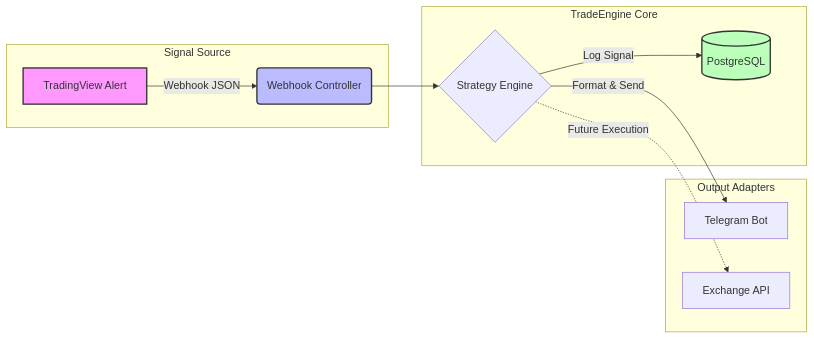
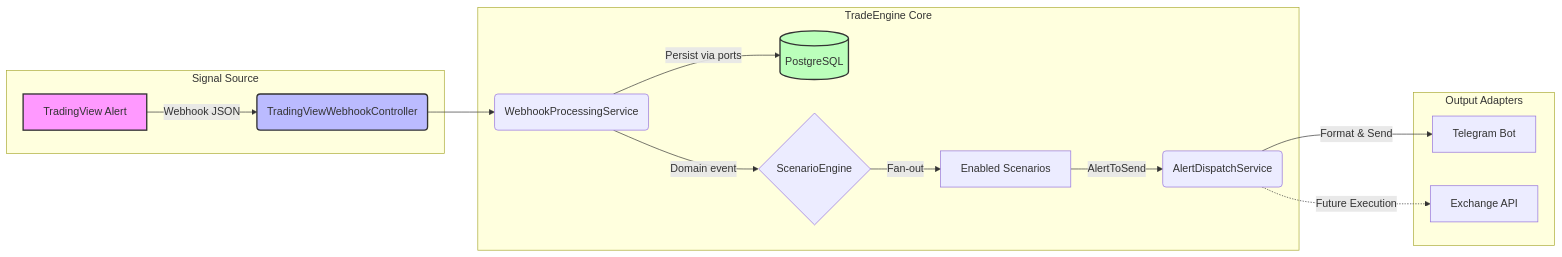
One commit to Lemanic/TradeEngine changed the diagram in README.md. Above: the diagram before and after it, drawn with Mermaid. The commit also changed other lines of this file and 1 other file, not shown here.

````diff
--- a/README.md
+++ b/README.md
@@ -18,21 +18,24 @@
 ```mermaid
 graph LR
     subgraph Signal Source
-    A[TradingView Alert] -->|Webhook JSON| B(Webhook Controller)
+    A[TradingView Alert] -->|Webhook JSON| B(TradingViewWebhookController)
     end
-    
+
     subgraph TradeEngine Core
-    B --> C{Strategy Engine}
-    C -->|Log Signal| E[(PostgreSQL)]
+    B --> C(WebhookProcessingService)
+    C -->|Persist via ports| E[(PostgreSQL)]
+    C -->|Domain event| D{ScenarioEngine}
+    D -->|Fan-out| S[Enabled Scenarios]
+    S -->|AlertToSend| F(AlertDispatchService)
     end
-    
+
     subgraph Output Adapters
-    C -->|Format & Send| F[Telegram Bot]
-    C -.->|Future Execution| G[Exchange API]
+    F -->|Format & Send| G[Telegram Bot]
+    F -.->|Future Execution| H[Exchange API]
     end
-    
+
     style A fill:#f9f,stroke:#333,stroke-width:2px
     style B fill:#bbf,stroke:#333,stroke-width:2px
     style E fill:#bfb,stroke:#333,stroke-width:2px
 
 ```
````
